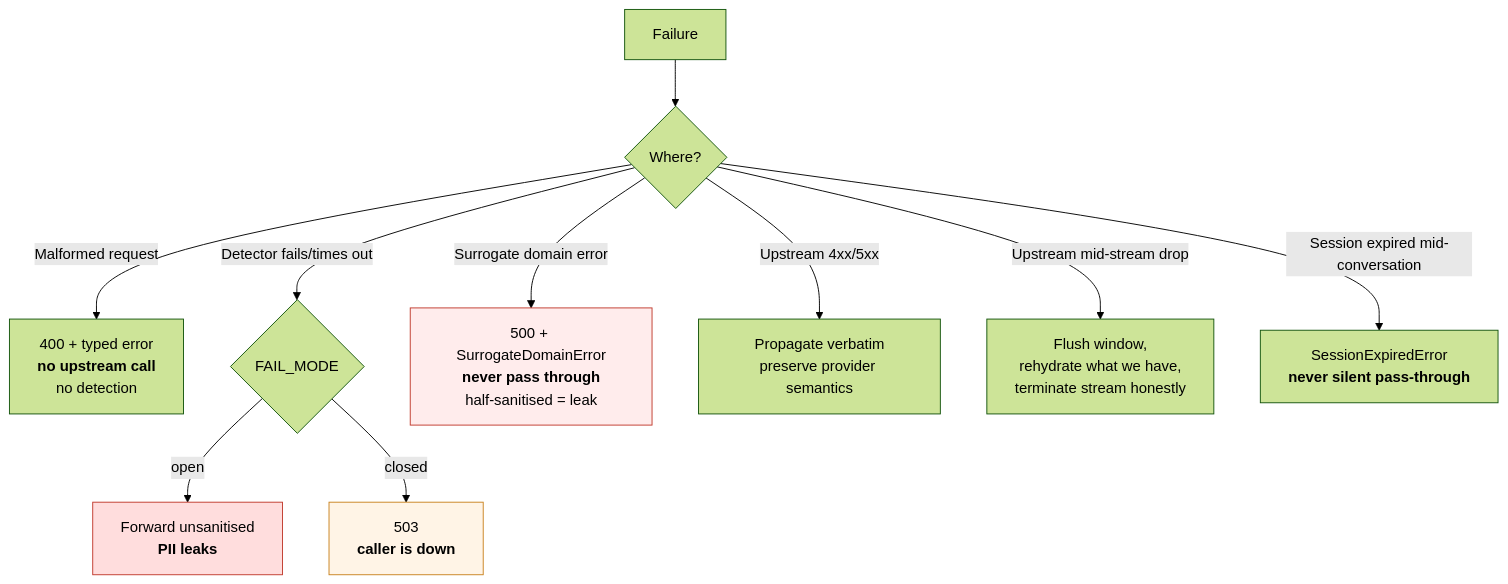
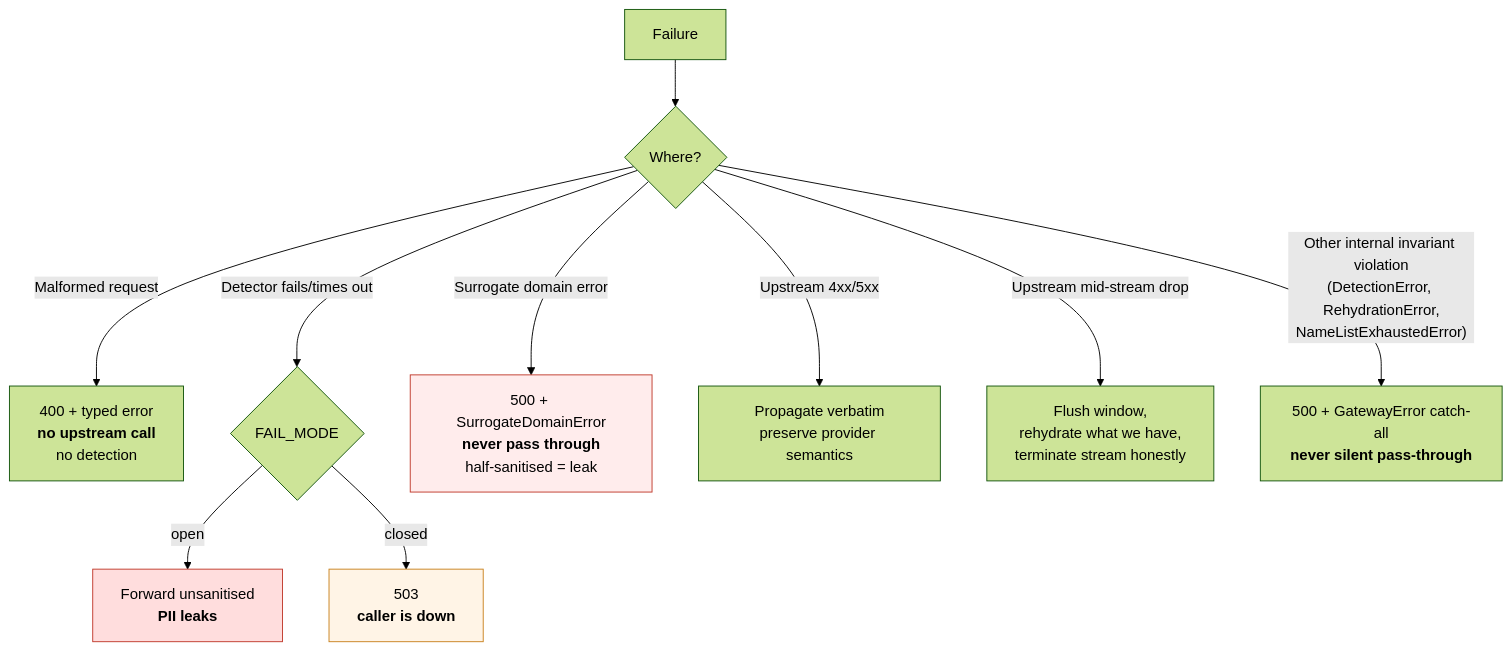
Before and after one commit to Arshanapally-Akshith/local-first-llm-privacy-gateway: the tenth of 13 diagrams in ARCHITECTURE.md, drawn with Mermaid (forest theme). The commit also changed other lines of this file and 9 other files, not shown here.

````diff
--- a/ARCHITECTURE.md
+++ b/ARCHITECTURE.md
@@ -773,18 +773,18 @@
 ```mermaid
 flowchart TD
     F["Failure"] --> A{"Where?"}
 
     A -->|"Malformed request"| R1["400 + typed error<br/><b>no upstream call</b><br/>no detection"]
     A -->|"Detector fails/times out"| R2{"FAIL_MODE"}
     A -->|"Surrogate domain error"| R3["500 + SurrogateDomainError<br/><b>never pass through</b><br/>half-sanitised = leak"]
     A -->|"Upstream 4xx/5xx"| R4["Propagate verbatim<br/>preserve provider semantics"]
     A -->|"Upstream mid-stream drop"| R5["Flush window,<br/>rehydrate what we have,<br/>terminate stream honestly"]
-    A -->|"Session expired mid-conversation"| R6["SessionExpiredError<br/><b>never silent pass-through</b>"]
+    A -->|"Other internal invariant violation<br/>(DetectionError, RehydrationError,<br/>NameListExhaustedError)"| R6["500 + GatewayError catch-all<br/><b>never silent pass-through</b>"]
 
     R2 -->|open| O["Forward unsanitised<br/><b>PII leaks</b>"]
     R2 -->|closed| C["503<br/><b>caller is down</b>"]
 
     style R3 fill:#ffecec,stroke:#c0392b
     style O fill:#ffdddd,stroke:#c0392b
     style C fill:#fff4e6,stroke:#c9821e
 ```
````
